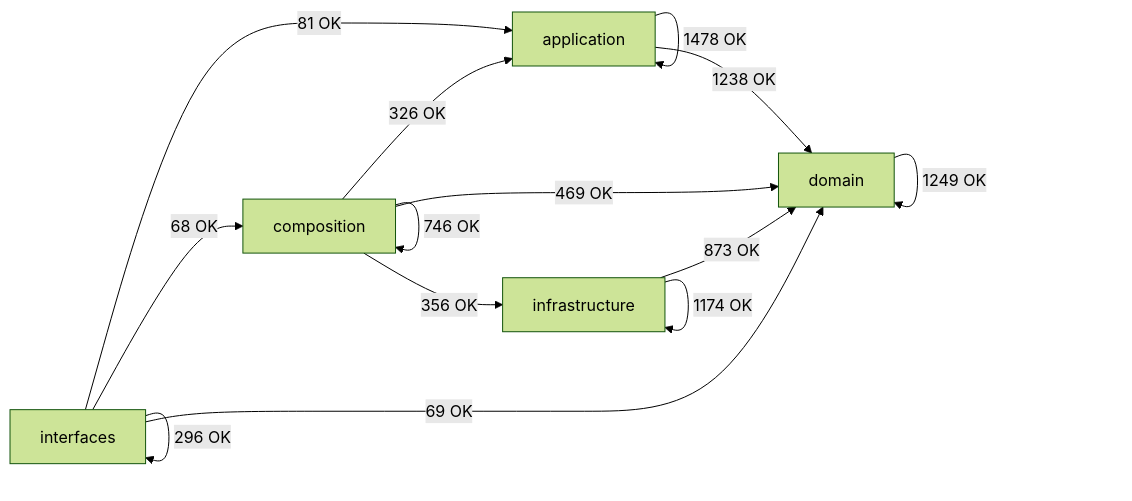
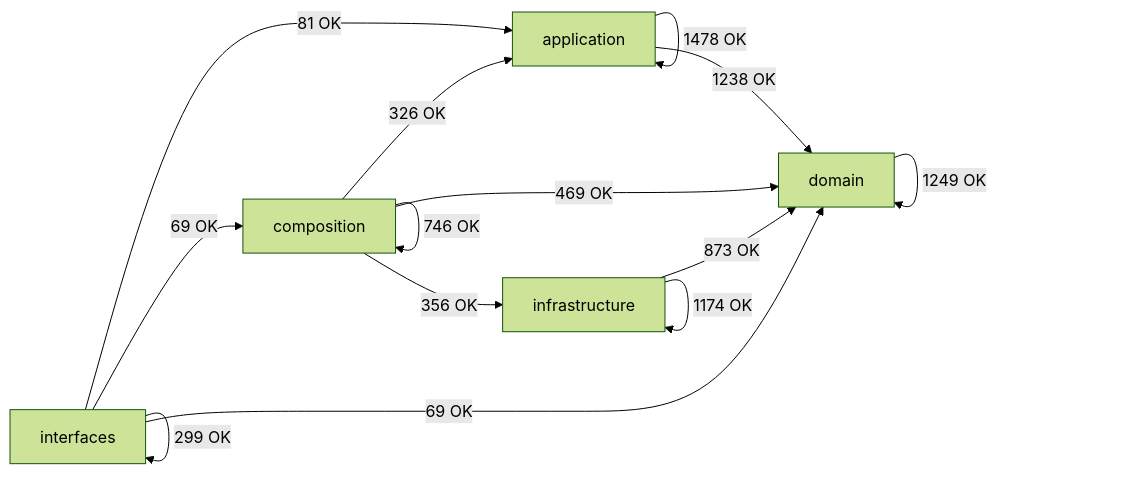
The diagram in docs/02-architecture/generated/module-dependency-map.md (SatoryKono/BioactivityDataAcquisition), drawn with Mermaid (forest theme) before and after one commit. The commit also changed other lines of this file and 11 other files, not shown here.

````diff
--- a/docs/02-architecture/generated/module-dependency-map.md
+++ b/docs/02-architecture/generated/module-dependency-map.md
@@ -17,21 +17,21 @@
 ```mermaid
 flowchart LR
     domain[domain]
     application[application]
     infrastructure[infrastructure]
     composition[composition]
     interfaces[interfaces]
     application -->|1478 OK| application
     application -->|1238 OK| domain
     composition -->|326 OK| application
     composition -->|746 OK| composition
     composition -->|469 OK| domain
     composition -->|356 OK| infrastructure
     domain -->|1249 OK| domain
     infrastructure -->|873 OK| domain
     infrastructure -->|1174 OK| infrastructure
     interfaces -->|81 OK| application
-    interfaces -->|68 OK| composition
+    interfaces -->|69 OK| composition
     interfaces -->|69 OK| domain
-    interfaces -->|296 OK| interfaces
+    interfaces -->|299 OK| interfaces
 ```
````
